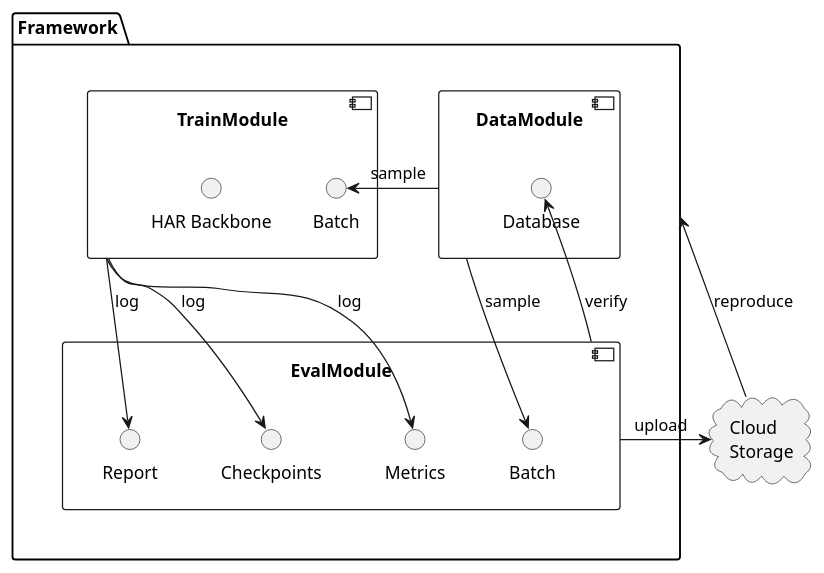
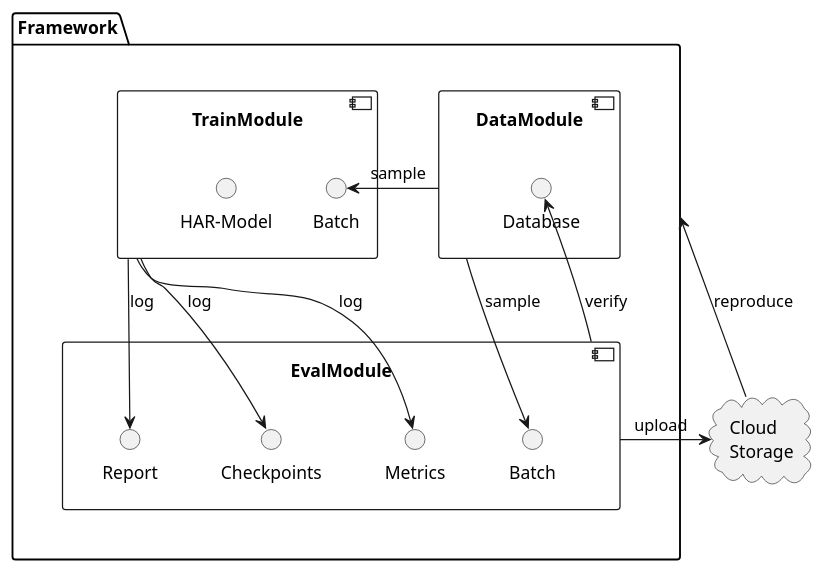
The diagram in fig/modules-top.puml (simnado/Master-Thesis), drawn with PlantUML before and after one commit. The commit also changed 20 other files, not shown here.

```diff
--- a/fig/modules-top.puml
+++ b/fig/modules-top.puml
@@ -1,47 +1,47 @@
 @startuml
 
 
 cloud "Cloud\nStorage" as COMET {
 
 }
 
 
 
 
 package "Framework" {
 
     component [DataModule] {
         () "Database" as Database
     }
 
 
     component [TrainModule] {
-        () "HAR Backbone" as Net
+        () "HAR-Model" as Net
         () "Batch" as TrainBatch
     }
 
 
     component [EvalModule] {
         () "Batch" as EvalBatch
         () "Report" as Report
         () "Checkpoints" as Checkpoints
         () "Metrics"
     }
 
     DataModule -> TrainBatch : sample
     DataModule --> EvalBatch : sample
 
     TrainModule --> Report : log
     TrainModule --> Checkpoints : log
     TrainModule --> Metrics : log
 
     EvalModule --> Database : verify
     EvalModule -right-> COMET : upload
 
 }
 
 COMET -> Framework : reproduce
 
 
 
 @enduml
```
